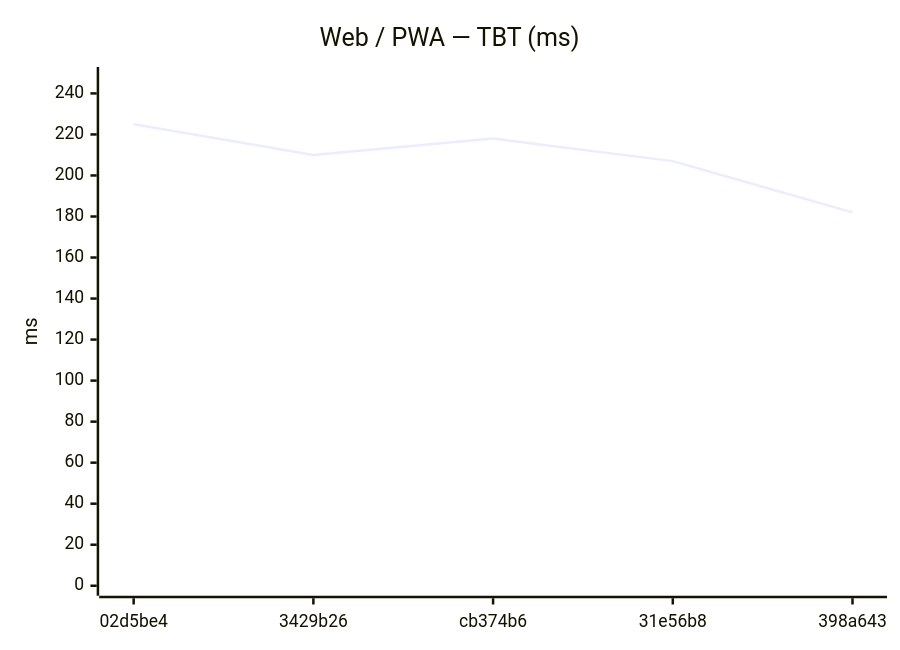
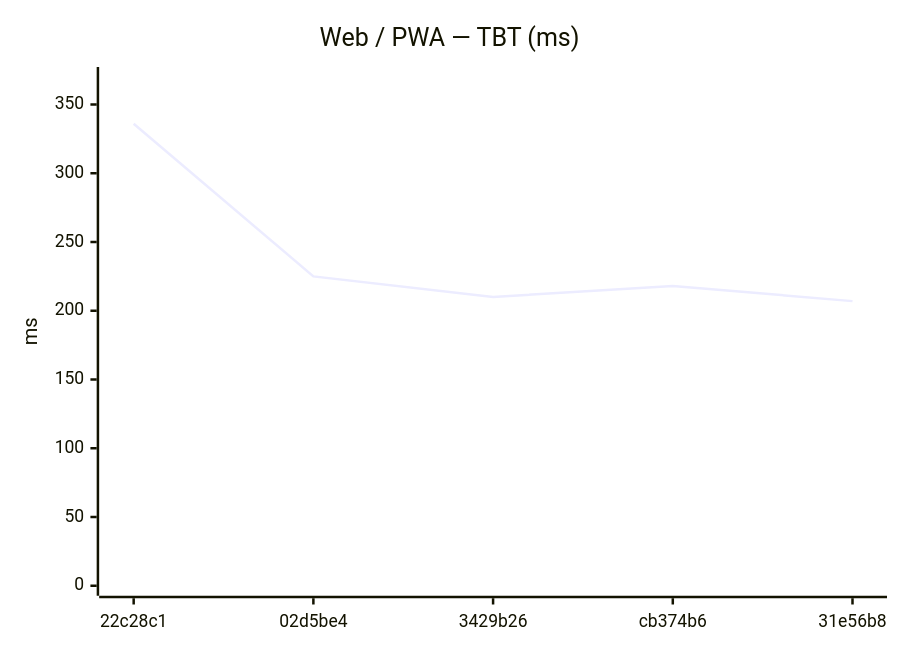
One commit to Metaheurist/Rianell changed the eighth of 18 diagrams in benchmarks/compare.md. Above: the diagram before and after it, drawn with Mermaid. The commit also changed other lines of this file and 11 other files, not shown here.

````diff
--- a/benchmarks/compare.md
+++ b/benchmarks/compare.md
@@ -124,7 +124,7 @@
 ```mermaid
 xychart-beta
     title "Web / PWA — TBT (ms)"
-    x-axis ["02d5be4", "3429b26", "cb374b6", "31e56b8", "398a643"]
-    y-axis "ms" 0 --> 248
-    line [225, 210, 218, 207, 182]
+    x-axis ["22c28c1", "02d5be4", "3429b26", "cb374b6", "31e56b8"]
+    y-axis "ms" 0 --> 370
+    line [336, 225, 210, 218, 207]
 ```
````
